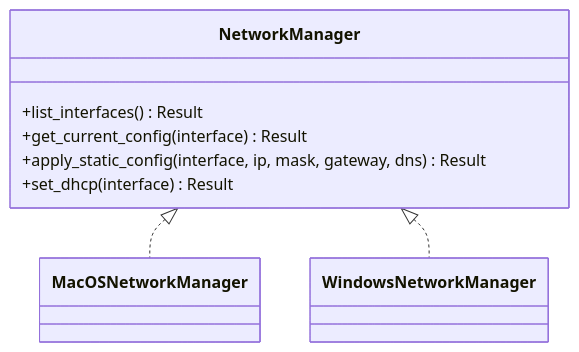
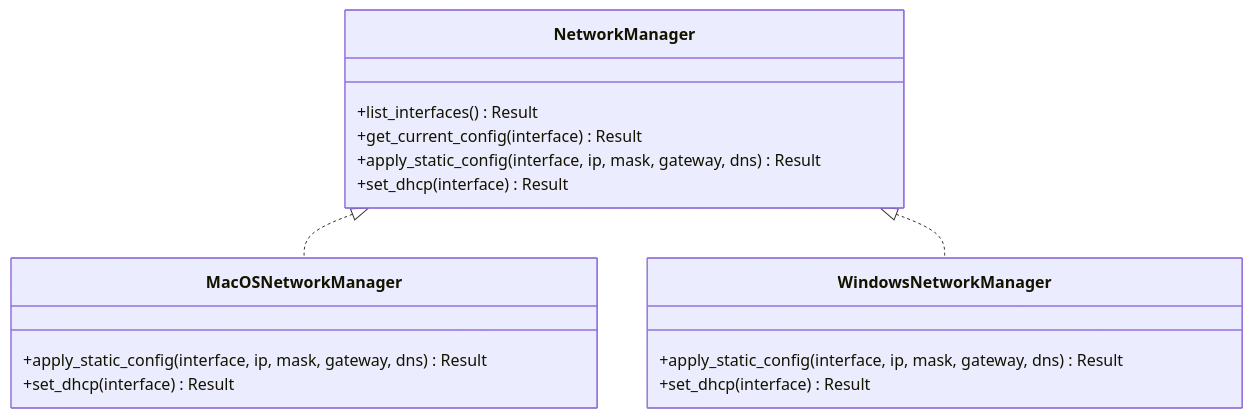
The seventh of 11 diagrams in .qoder/repowiki/zh/content/网络配置功能/网络配置功能.md (xdongliang/IPSwitcher), drawn with Mermaid before and after one commit. The commit also changed other lines of this file and 22 other files, not shown here.

````diff
--- a/.qoder/repowiki/zh/content/网络配置功能/网络配置功能.md
+++ b/.qoder/repowiki/zh/content/网络配置功能/网络配置功能.md
@@ -266,15 +319,19 @@
 ```mermaid
 classDiagram
 class NetworkManager {
 +list_interfaces() Result
 +get_current_config(interface) Result
 +apply_static_config(interface, ip, mask, gateway, dns) Result
 +set_dhcp(interface) Result
 }
 class MacOSNetworkManager {
++apply_static_config(interface, ip, mask, gateway, dns) Result
++set_dhcp(interface) Result
 }
 class WindowsNetworkManager {
++apply_static_config(interface, ip, mask, gateway, dns) Result
++set_dhcp(interface) Result
 }
 NetworkManager <|.. MacOSNetworkManager
 NetworkManager <|.. WindowsNetworkManager
 ```
````
